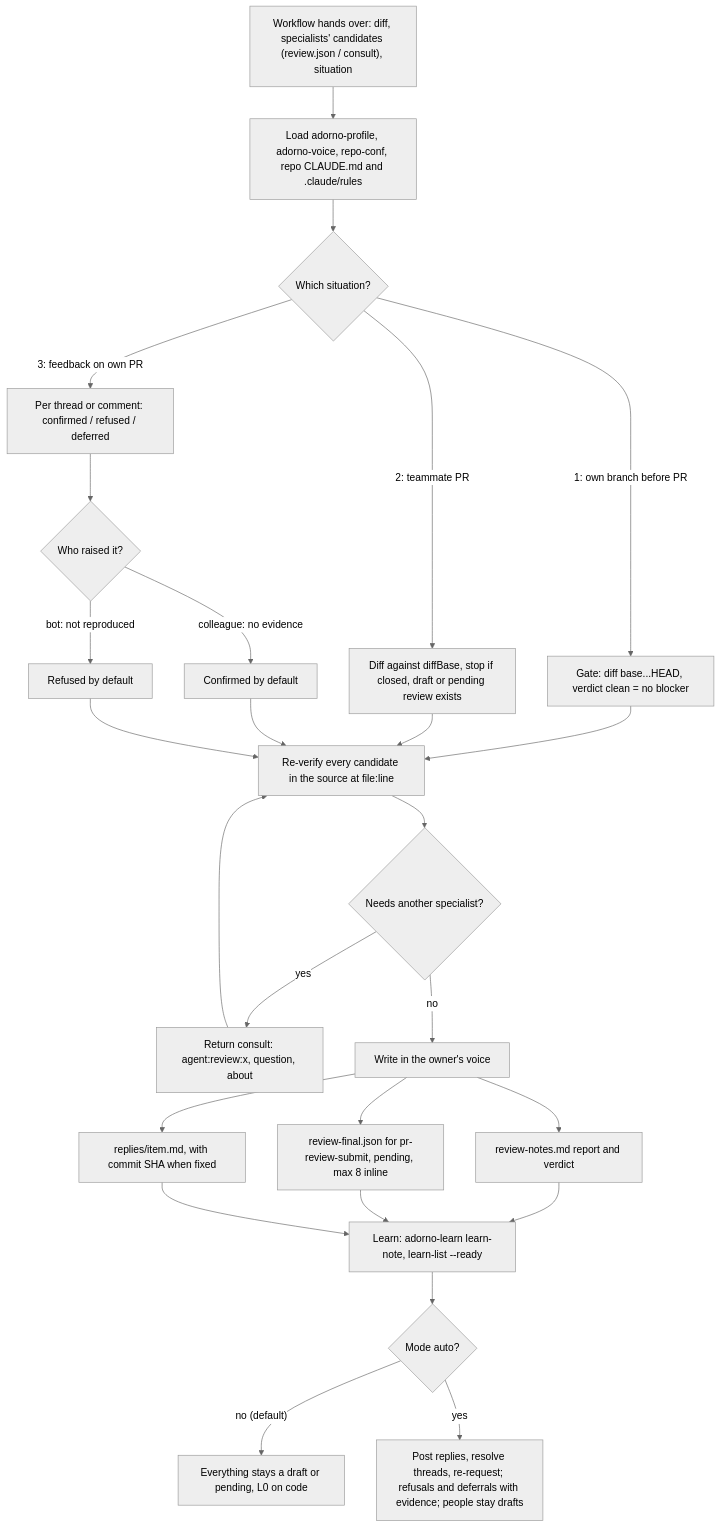
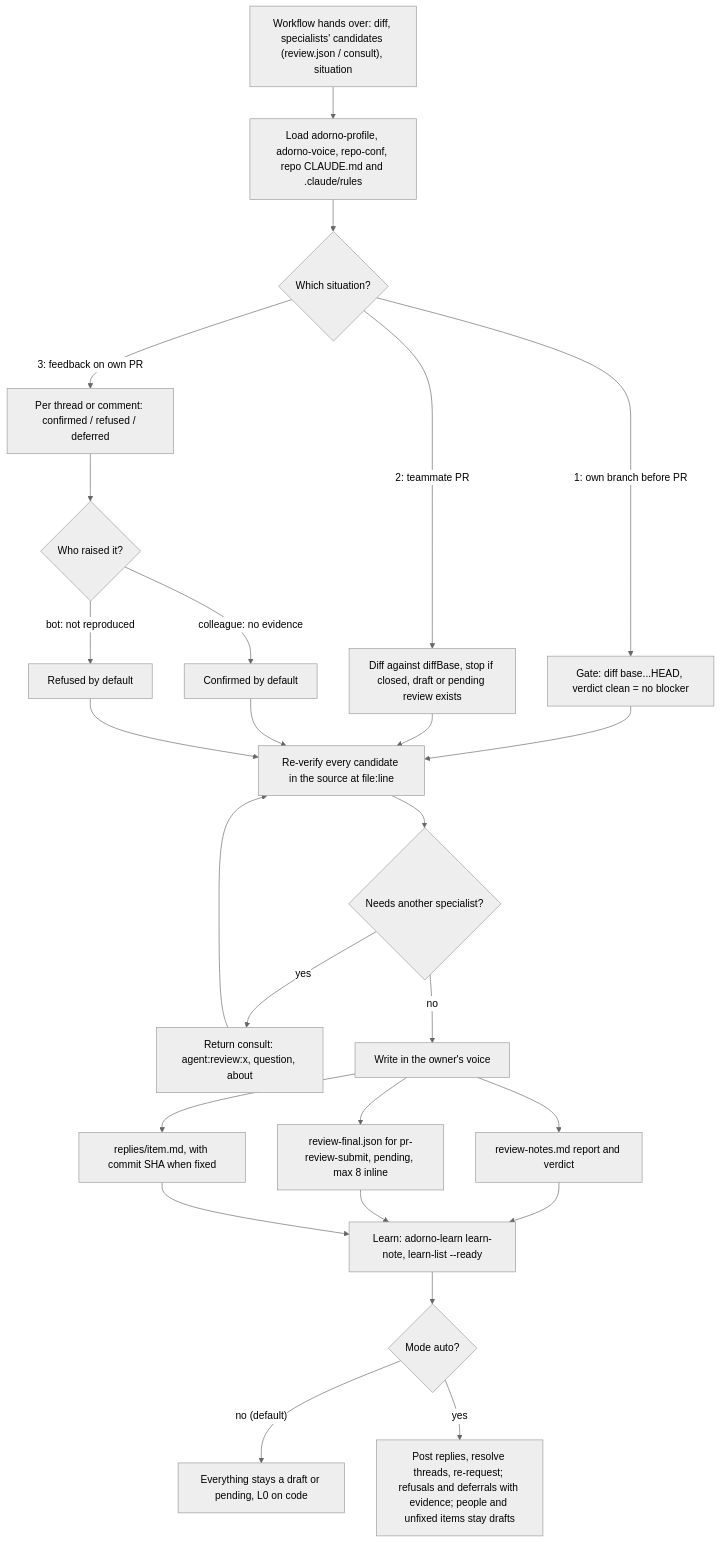
The diagram in src/agents/SCHEMA.md (nicolasmondain/adorno), drawn with Mermaid (neutral theme) before and after one commit. The commit also changed 11 other files, not shown here.

````diff
--- a/src/agents/SCHEMA.md
+++ b/src/agents/SCHEMA.md
@@ -3,28 +3,28 @@
 ```mermaid
 flowchart TD
   A["Workflow hands over: diff, specialists' candidates (review.json / consult), situation"] --> B["Load adorno-profile, adorno-voice, repo-conf, repo CLAUDE.md and .claude/rules"]
   B --> C{"Which situation?"}
   C -->|"1: own branch before PR"| S1["Gate: diff base...HEAD, verdict clean = no blocker"]
   C -->|"2: teammate PR"| S2["Diff against diffBase, stop if closed, draft or pending review exists"]
   C -->|"3: feedback on own PR"| S3["Per thread or comment: confirmed / refused / deferred"]
   S1 --> V["Re-verify every candidate in the source at file:line"]
   S2 --> V
   S3 --> W{"Who raised it?"}
   W -->|"colleague: no evidence"| CF["Confirmed by default"]
   W -->|"bot: not reproduced"| RF["Refused by default"]
   CF --> V
   RF --> V
   V --> Q{"Needs another specialist?"}
   Q -->|"yes"| CO["Return consult: agent:review:x, question, about"]
   CO --> V
   Q -->|"no"| O["Write in the owner's voice"]
   O --> R["review-notes.md report and verdict"]
   O --> P["review-final.json for pr-review-submit, pending, max 8 inline"]
   O --> RP["replies/item.md, with commit SHA when fixed"]
   R --> L["Learn: adorno-learn learn-note, learn-list --ready"]
   P --> L
   RP --> L
   L --> M{"Mode auto?"}
   M -->|"no (default)"| D["Everything stays a draft or pending, L0 on code"]
-  M -->|"yes"| PU["Post replies, resolve threads, re-request; refusals and deferrals with evidence; people stay drafts"]
+  M -->|"yes"| PU["Post replies, resolve threads, re-request; refusals and deferrals with evidence; people and unfixed items stay drafts"]
 ```
````
